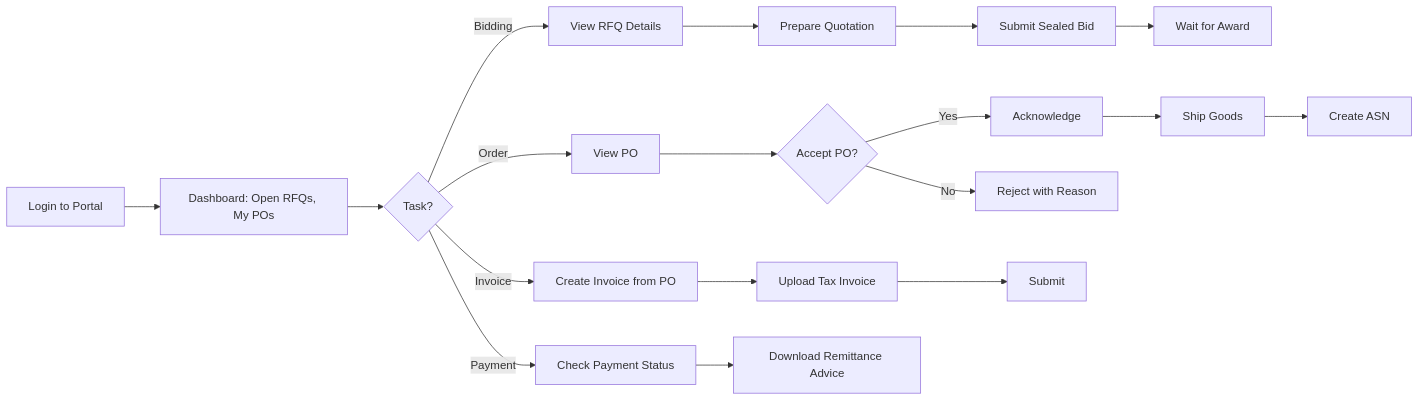
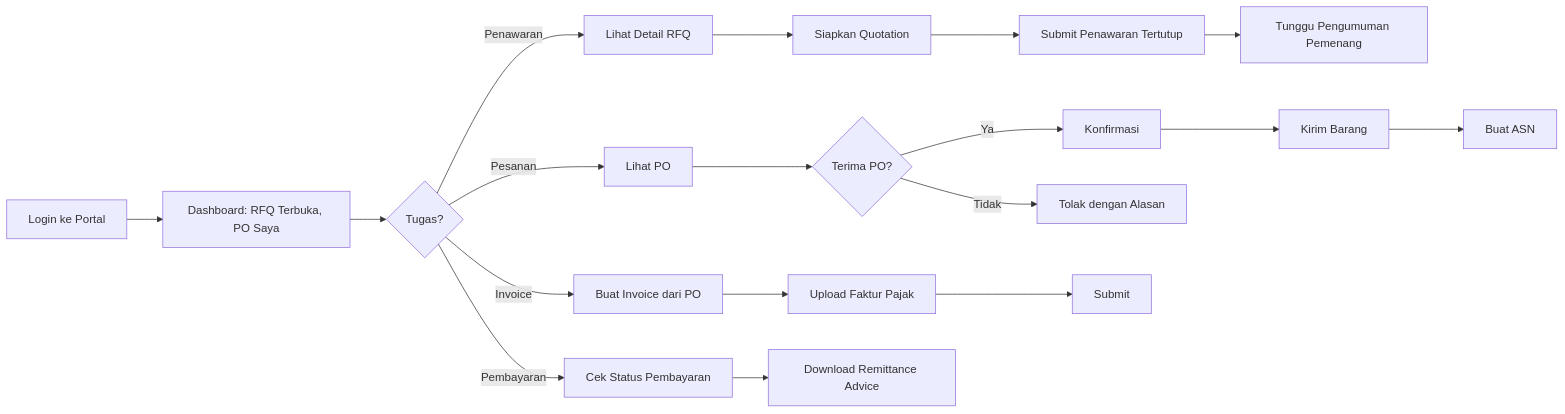
The ninth of 13 diagrams in system_design/BUSINESS_PROCESS_MODEL.md (Vencore-erp/documentation), drawn with Mermaid before and after one commit. The commit also changed other lines of this file and 16 other files, not shown here.

````diff
--- a/system_design/BUSINESS_PROCESS_MODEL.md
+++ b/system_design/BUSINESS_PROCESS_MODEL.md
@@ -313,23 +313,23 @@
 ```mermaid
 flowchart LR
-    A[Login to Portal] --> B[Dashboard: Open RFQs, My POs]
-    B --> C{Task?}
-    C -->|Bidding| D[View RFQ Details]
-    D --> E[Prepare Quotation]
-    E --> F[Submit Sealed Bid]
-    F --> G[Wait for Award]
+    A[Login ke Portal] --> B[Dashboard: RFQ Terbuka, PO Saya]
+    B --> C{Tugas?}
+    C -->|Penawaran| D[Lihat Detail RFQ]
+    D --> E[Siapkan Quotation]
+    E --> F[Submit Penawaran Tertutup]
+    F --> G[Tunggu Pengumuman Pemenang]
     
-    C -->|Order| H[View PO]
-    H --> I{Accept PO?}
-    I -->|Yes| J[Acknowledge]
-    I -->|No| K[Reject with Reason]
-    J --> L[Ship Goods]
-    L --> M[Create ASN]
+    C -->|Pesanan| H[Lihat PO]
+    H --> I{Terima PO?}
+    I -->|Ya| J[Konfirmasi]
+    I -->|Tidak| K[Tolak dengan Alasan]
+    J --> L[Kirim Barang]
+    L --> M[Buat ASN]
     
-    C -->|Invoice| N[Create Invoice from PO]
-    N --> O[Upload Tax Invoice]
+    C -->|Invoice| N[Buat Invoice dari PO]
+    N --> O[Upload Faktur Pajak]
     O --> P[Submit]
     
-    C -->|Payment| Q[Check Payment Status]
+    C -->|Pembayaran| Q[Cek Status Pembayaran]
     Q --> R[Download Remittance Advice]
 ```
````
